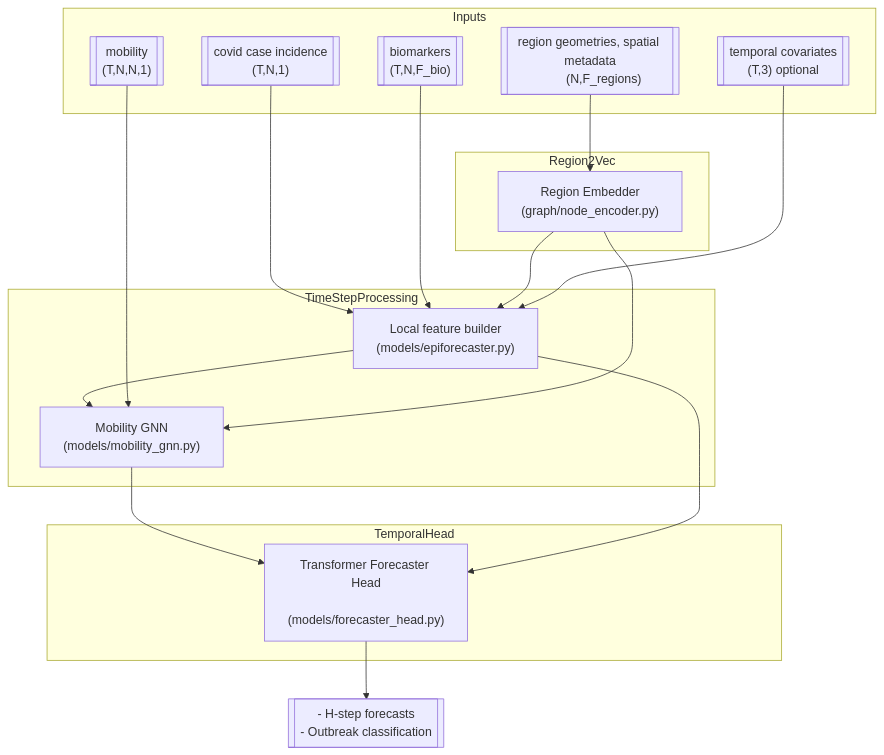
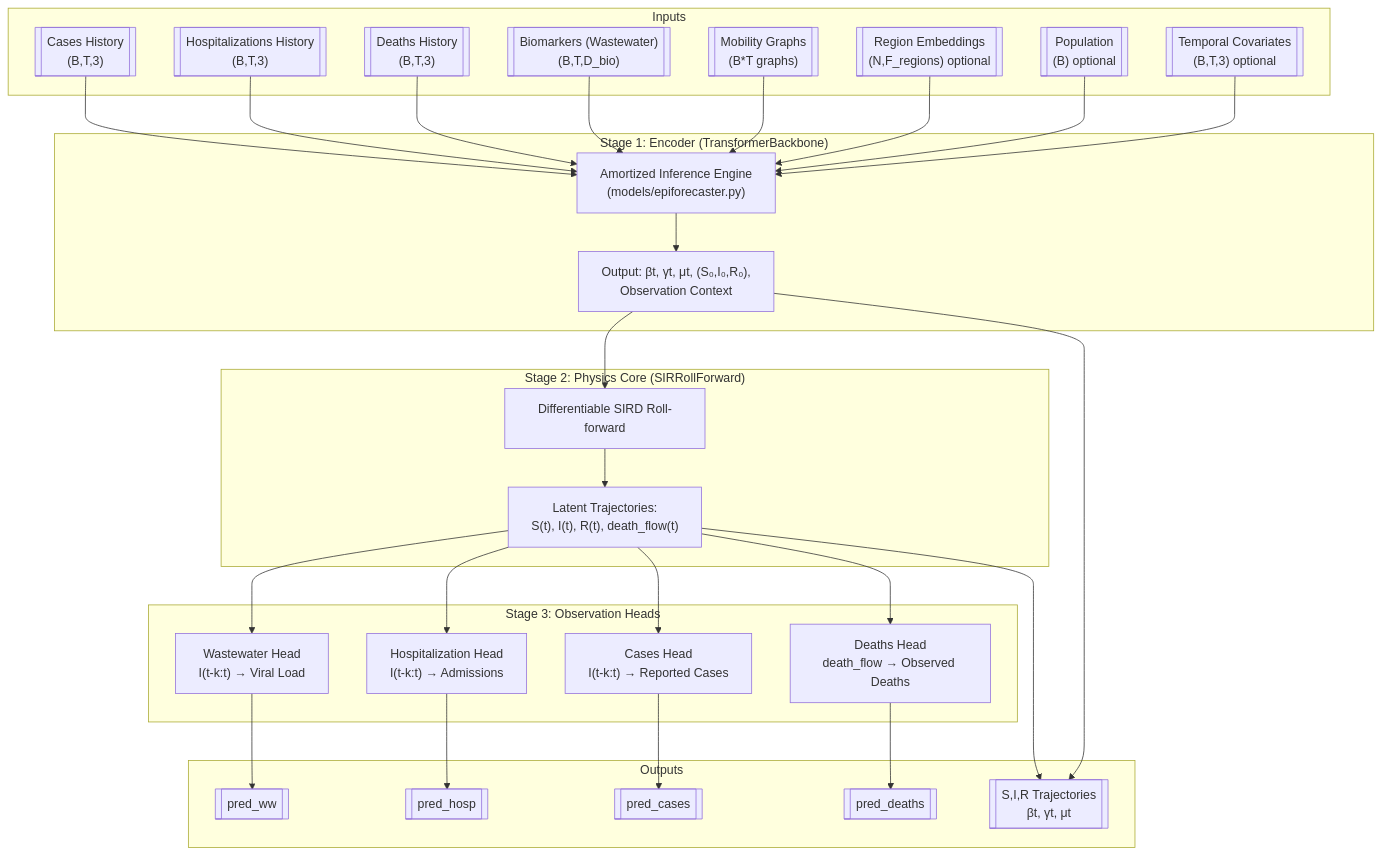
The diagram in README.md (lewis-k-s/EpiForecaster), drawn with Mermaid before and after one commit. The commit also changed other lines of this file and 4 other files, not shown here.

````diff
--- a/README.md
+++ b/README.md
@@ -12,44 +12,74 @@
 ```mermaid
 flowchart TD
     subgraph Inputs
-        cases[["covid case incidence
-        (T,N,1)"]]
-        biomarkers[["biomarkers
-        (T,N,F_bio)"]]
-        mobility[["mobility
-        (T,N,N,1)"]]
-        regions[["region geometries, spatial metadata
-        (N,F_regions)"]]
-        temporal[["temporal covariates
-        (T,3) optional"]]
+        cases_hist[["Cases History
+        (B,T,3)"]]
+        hosp_hist[["Hospitalizations History
+        (B,T,3)"]]
+        deaths_hist[["Deaths History
+        (B,T,3)"]]
+        biomarkers[["Biomarkers (Wastewater)
+        (B,T,D_bio)"]]
+        mobility[["Mobility Graphs
+        (B*T graphs)"]]
+        regions[["Region Embeddings
+        (N,F_regions) optional"]]
+        population[["Population
+        (B) optional"]]
+        temporal[["Temporal Covariates
+        (B,T,3) optional"]]
     end
 
-    subgraph Region2Vec
-        regionEmbedder["Region Embedder
-        (graph/node_encoder.py)"]
+    subgraph Stage1_Encoder["Stage 1: Encoder (TransformerBackbone)"]
+        encoder["Amortized Inference Engine
+(models/epiforecaster.py)"]
+        rates["Output: βt, γt, μt, (S₀,I₀,R₀),
+Observation Context"]
     end
 
-    subgraph TimeStepProcessing
-        featureBuilder["Local feature builder
-        (models/epiforecaster.py)"]
-        mobilityGNN["Mobility GNN
-        (models/mobility_gnn.py)"]
+    subgraph Stage2_Physics["Stage 2: Physics Core (SIRRollForward)"]
+        sir["Differentiable SIRD Roll-forward"]
+        latent["Latent Trajectories:
+S(t), I(t), R(t), death_flow(t)"]
     end
 
-    subgraph TemporalHead
-        transformerHead["Transformer Forecaster Head
-        (models/forecaster_head.py)"]
+    subgraph Stage3_Observation["Stage 3: Observation Heads"]
+        ww_head["Wastewater Head
+I(t-k:t) → Viral Load"]
+        hosp_head["Hospitalization Head
+I(t-k:t) → Admissions"]
+        cases_head["Cases Head
+I(t-k:t) → Reported Cases"]
+        deaths_head["Deaths Head
+death_flow → Observed Deaths"]
     end
 
-    cases --> featureBuilder
-    biomarkers --> featureBuilder
-    regions --> regionEmbedder --> featureBuilder
-    temporal --> featureBuilder
-    featureBuilder --> mobilityGNN
-    mobility --> mobilityGNN
-    regionEmbedder --> mobilityGNN
-    mobilityGNN --> transformerHead
-    featureBuilder --> transformerHead
-    transformerHead --> forecasts[["- H-step forecasts
-    - Outbreak classification"]]
+    subgraph Outputs
+        pred_ww[["pred_ww"]]
+        pred_hosp[["pred_hosp"]]
+        pred_cases[["pred_cases"]]
+        pred_deaths[["pred_deaths"]]
+        latent_out[["S,I,R Trajectories
+βt, γt, μt"]]
+    end
+
+    cases_hist --> encoder
+    hosp_hist --> encoder
+    deaths_hist --> encoder
+    biomarkers --> encoder
+    mobility --> encoder
+    regions --> encoder
+    population --> encoder
+    temporal --> encoder
+
+    encoder --> rates --> sir
+    sir --> latent
+
+    latent --> ww_head --> pred_ww
+    latent --> hosp_head --> pred_hosp
+    latent --> cases_head --> pred_cases
+    latent --> deaths_head --> pred_deaths
+
+    rates --> latent_out
+    latent --> latent_out
 ```
````
